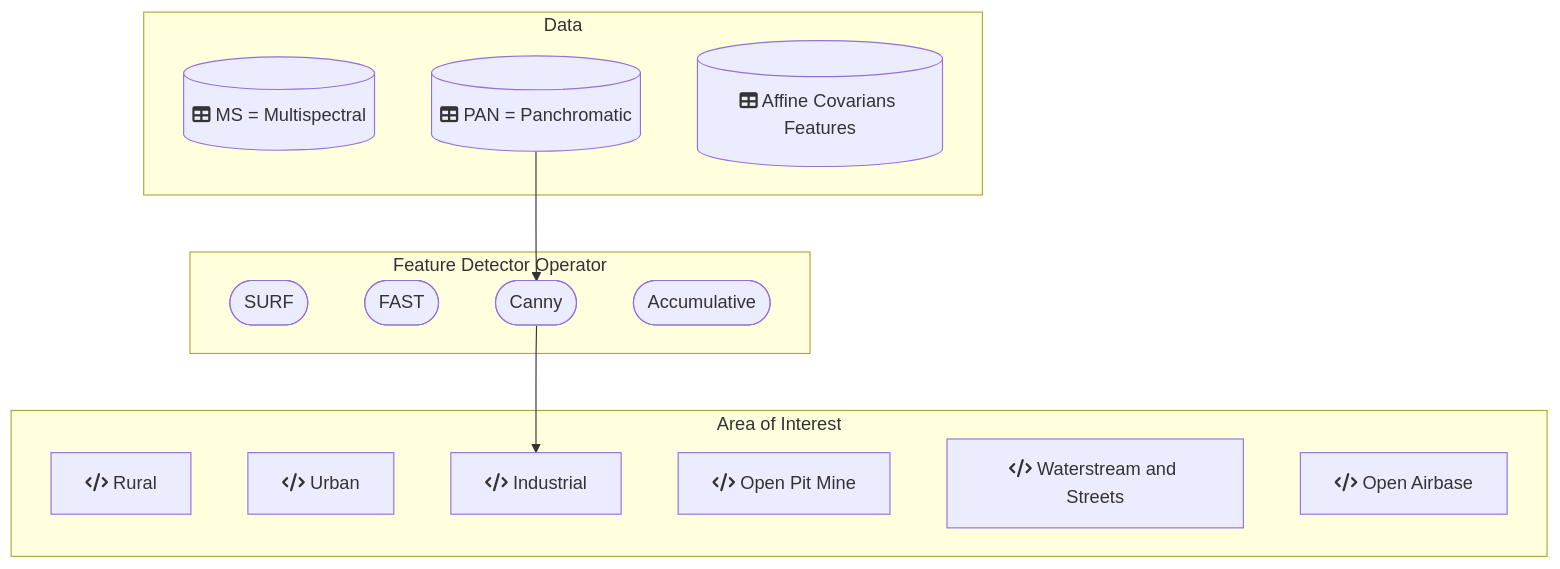
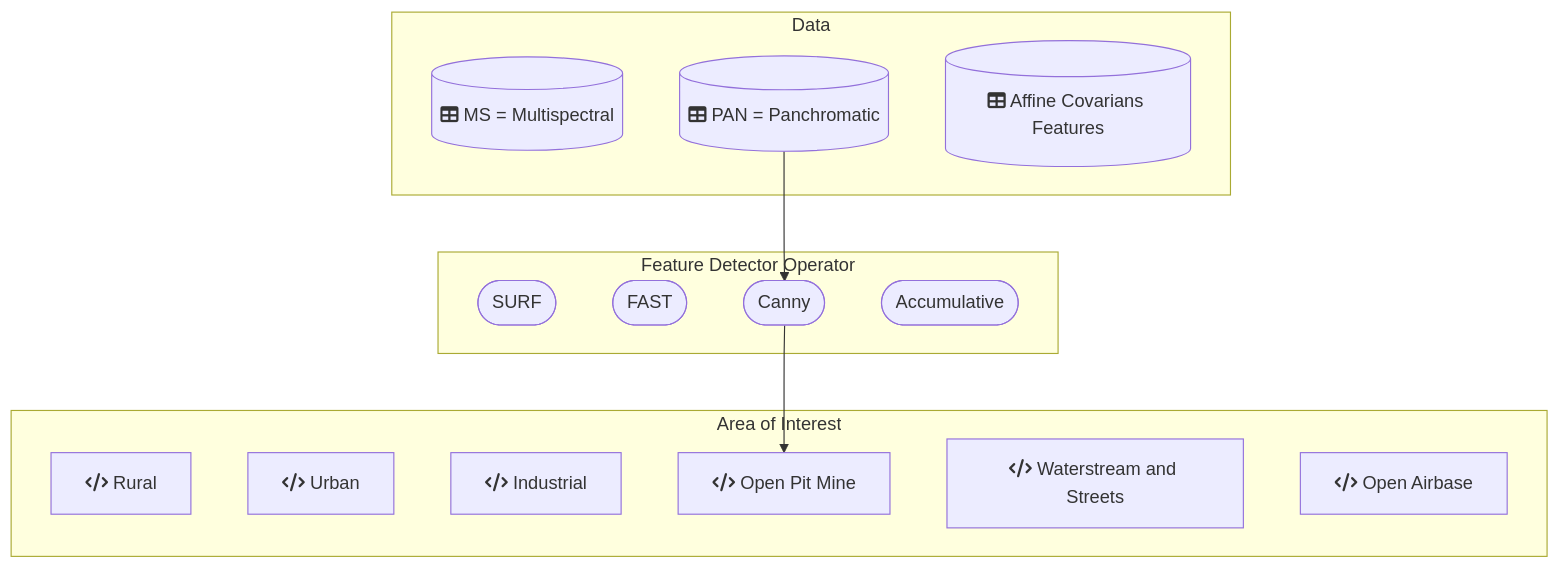
Before and after one commit to DippoldEJ/Feature-Detection-and-Explanation: the diagram in Application/README.md, drawn with Mermaid.

````diff
--- a/Application/README.md
+++ b/Application/README.md
@@ -13,29 +13,29 @@
 ```mermaid
 flowchart TD;
 
  subgraph Data
         g[(fa:fa-table MS = Multispectral)]
         h[(fa:fa-table PAN = Panchromatic)]
         i[(fa:fa-table Affine Covarians Features)]
     end
 
  subgraph Feature Detector Operator
         j([SURF])
         k([FAST])
         l([Canny])
         m([Accumulative])
     end
 
 subgraph Area of Interest
     a[fa:fa-code Rural]
     b[fa:fa-code Urban]
     c[fa:fa-code Industrial]
     d[fa:fa-code Open Pit Mine]
     e[fa:fa-code Waterstream and Streets]
     f[fa:fa-code Open Airbase]
     end
 
 h-->l
-l-->c
+l-->d
 
 ```
````
